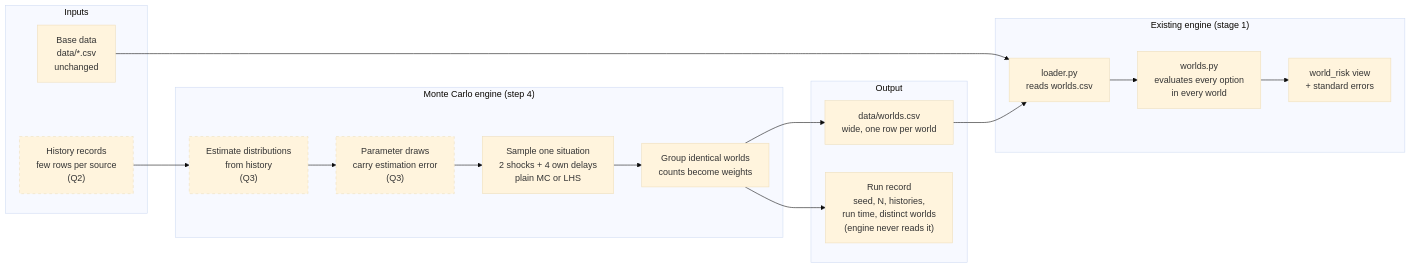
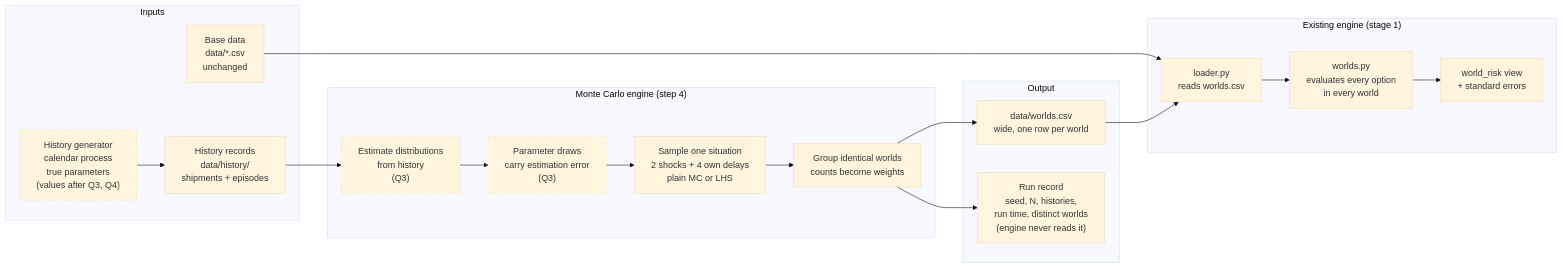
Before and after one commit to Ian-Yoon3/IBM-Bibimbab: the diagram in docs/montecarlo-engine.md, drawn with Mermaid (base theme). The commit also changed other lines of this file, not shown here.

Commit message:
Docs: history records and generator design (Q2), fix formula rendering

````diff
--- a/docs/montecarlo-engine.md
+++ b/docs/montecarlo-engine.md
@@ -47,34 +49,35 @@
 ```mermaid
 flowchart LR
     subgraph IN["Inputs"]
-        H["History records<br/>few rows per source<br/>(Q2)"]
+        G["History generator<br/>calendar process<br/>true parameters<br/>(values after Q3, Q4)"]
+        H["History records<br/>data/history/<br/>shipments + episodes"]
         B["Base data<br/>data/*.csv<br/>unchanged"]
     end
 
     subgraph MC["Monte Carlo engine (step 4)"]
         EST["Estimate distributions<br/>from history<br/>(Q3)"]
         PAR["Parameter draws<br/>carry estimation error<br/>(Q3)"]
         SMP["Sample one situation<br/>2 shocks + 4 own delays<br/>plain MC or LHS"]
         COL["Group identical worlds<br/>counts become weights"]
     end
 
     subgraph OUT["Output"]
         W["data/worlds.csv<br/>wide, one row per world"]
         META["Run record<br/>seed, N, histories,<br/>run time, distinct worlds<br/>(engine never reads it)"]
     end
 
     subgraph ENG["Existing engine (stage 1)"]
         LD["loader.py<br/>reads worlds.csv"]
         WM["worlds.py<br/>evaluates every option<br/>in every world"]
         V["world_risk view<br/>+ standard errors"]
     end
 
-    H --> EST --> PAR --> SMP --> COL
+    G --> H --> EST --> PAR --> SMP --> COL
     COL --> W
     COL --> META
     B --> LD
     W --> LD --> WM --> V
 
     classDef open stroke-dasharray: 5 5
-    class H,EST,PAR open
+    class G,EST,PAR open
 ```
````
